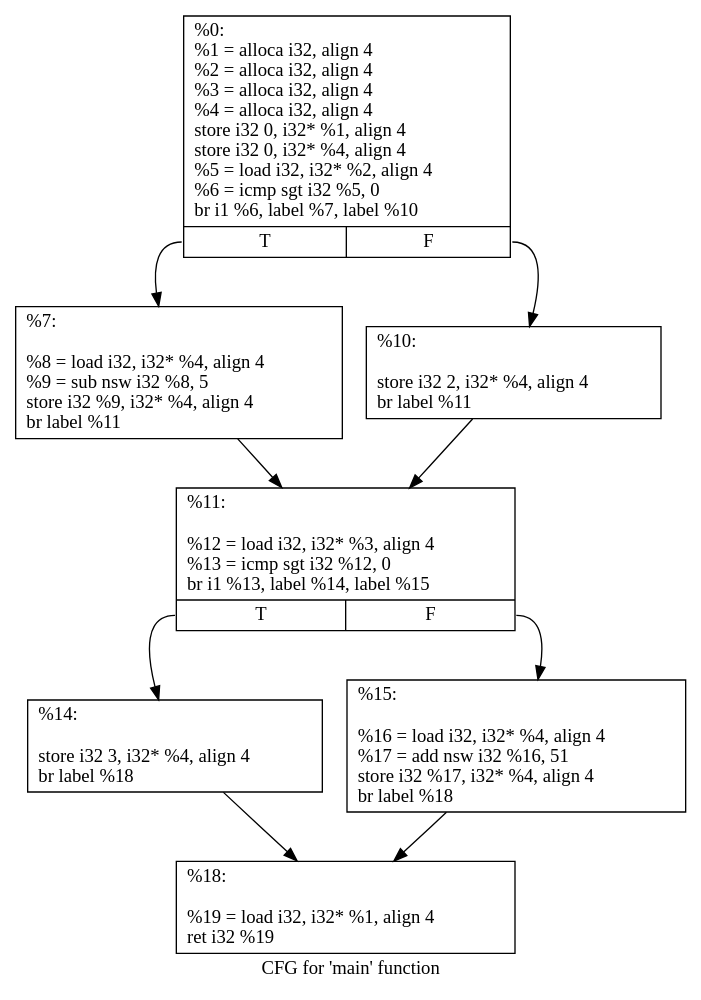
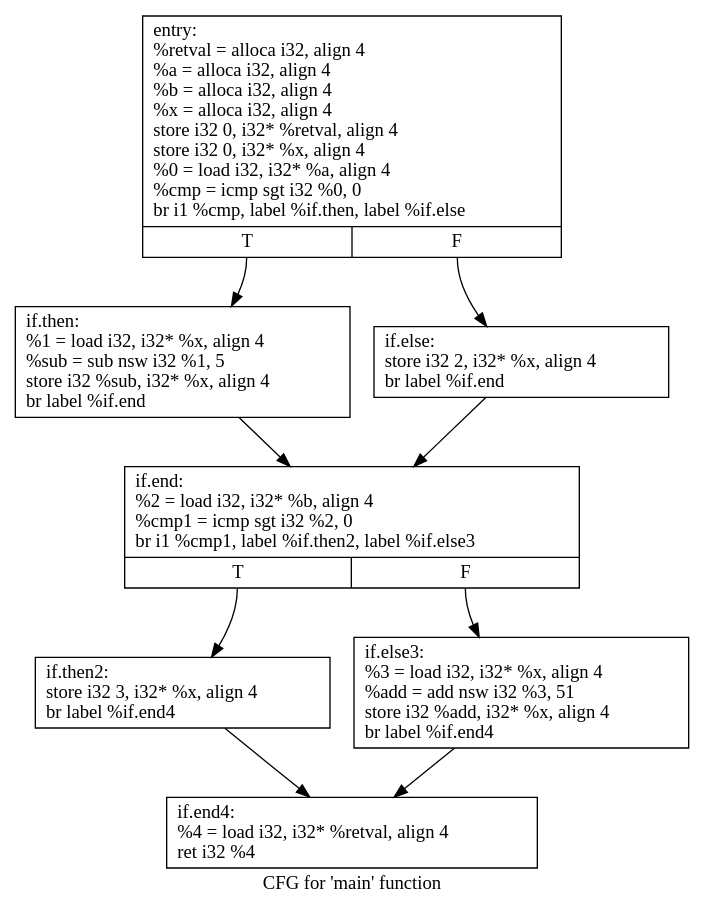
Before and after one commit to hjw95/program-analysis: the diagram in graphs/test2.dot, drawn with Graphviz. The commit also changed 18 other files, not shown here.

Commit message:
Add graph for assignment 2

```diff
--- a/graphs/test2.dot
+++ b/graphs/test2.dot
@@ -1,19 +1,19 @@
 digraph "CFG for 'main' function" {
 	label="CFG for 'main' function";
 
-	Node0x563f7ba2f750 [shape=record,label="{%0:\l  %1 = alloca i32, align 4\l  %2 = alloca i32, align 4\l  %3 = alloca i32, align 4\l  %4 = alloca i32, align 4\l  store i32 0, i32* %1, align 4\l  store i32 0, i32* %4, align 4\l  %5 = load i32, i32* %2, align 4\l  %6 = icmp sgt i32 %5, 0\l  br i1 %6, label %7, label %10\l|{<s0>T|<s1>F}}"];
-	Node0x563f7ba2f750:s0 -> Node0x563f7ba30210;
-	Node0x563f7ba2f750:s1 -> Node0x563f7ba30260;
-	Node0x563f7ba30210 [shape=record,label="{%7:\l\l  %8 = load i32, i32* %4, align 4\l  %9 = sub nsw i32 %8, 5\l  store i32 %9, i32* %4, align 4\l  br label %11\l}"];
-	Node0x563f7ba30210 -> Node0x563f7ba2fff0;
-	Node0x563f7ba30260 [shape=record,label="{%10:\l\l  store i32 2, i32* %4, align 4\l  br label %11\l}"];
-	Node0x563f7ba30260 -> Node0x563f7ba2fff0;
-	Node0x563f7ba2fff0 [shape=record,label="{%11:\l\l  %12 = load i32, i32* %3, align 4\l  %13 = icmp sgt i32 %12, 0\l  br i1 %13, label %14, label %15\l|{<s0>T|<s1>F}}"];
-	Node0x563f7ba2fff0:s0 -> Node0x563f7ba306b0;
-	Node0x563f7ba2fff0:s1 -> Node0x563f7ba30700;
-	Node0x563f7ba306b0 [shape=record,label="{%14:\l\l  store i32 3, i32* %4, align 4\l  br label %18\l}"];
-	Node0x563f7ba306b0 -> Node0x563f7ba30800;
-	Node0x563f7ba30700 [shape=record,label="{%15:\l\l  %16 = load i32, i32* %4, align 4\l  %17 = add nsw i32 %16, 51\l  store i32 %17, i32* %4, align 4\l  br label %18\l}"];
-	Node0x563f7ba30700 -> Node0x563f7ba30800;
-	Node0x563f7ba30800 [shape=record,label="{%18:\l\l  %19 = load i32, i32* %1, align 4\l  ret i32 %19\l}"];
+	Node0x56529d1fa7c0 [shape=record,label="{entry:\l  %retval = alloca i32, align 4\l  %a = alloca i32, align 4\l  %b = alloca i32, align 4\l  %x = alloca i32, align 4\l  store i32 0, i32* %retval, align 4\l  store i32 0, i32* %x, align 4\l  %0 = load i32, i32* %a, align 4\l  %cmp = icmp sgt i32 %0, 0\l  br i1 %cmp, label %if.then, label %if.else\l|{<s0>T|<s1>F}}"];
+	Node0x56529d1fa7c0:s0 -> Node0x56529d1fb370;
+	Node0x56529d1fa7c0:s1 -> Node0x56529d1fb440;
+	Node0x56529d1fb370 [shape=record,label="{if.then:                                          \l  %1 = load i32, i32* %x, align 4\l  %sub = sub nsw i32 %1, 5\l  store i32 %sub, i32* %x, align 4\l  br label %if.end\l}"];
+	Node0x56529d1fb370 -> Node0x56529d1fb650;
+	Node0x56529d1fb440 [shape=record,label="{if.else:                                          \l  store i32 2, i32* %x, align 4\l  br label %if.end\l}"];
+	Node0x56529d1fb440 -> Node0x56529d1fb650;
+	Node0x56529d1fb650 [shape=record,label="{if.end:                                           \l  %2 = load i32, i32* %b, align 4\l  %cmp1 = icmp sgt i32 %2, 0\l  br i1 %cmp1, label %if.then2, label %if.else3\l|{<s0>T|<s1>F}}"];
+	Node0x56529d1fb650:s0 -> Node0x56529d1fb8d0;
+	Node0x56529d1fb650:s1 -> Node0x56529d1fb9b0;
+	Node0x56529d1fb8d0 [shape=record,label="{if.then2:                                         \l  store i32 3, i32* %x, align 4\l  br label %if.end4\l}"];
+	Node0x56529d1fb8d0 -> Node0x56529d1fbce0;
+	Node0x56529d1fb9b0 [shape=record,label="{if.else3:                                         \l  %3 = load i32, i32* %x, align 4\l  %add = add nsw i32 %3, 51\l  store i32 %add, i32* %x, align 4\l  br label %if.end4\l}"];
+	Node0x56529d1fb9b0 -> Node0x56529d1fbce0;
+	Node0x56529d1fbce0 [shape=record,label="{if.end4:                                          \l  %4 = load i32, i32* %retval, align 4\l  ret i32 %4\l}"];
 }
```
